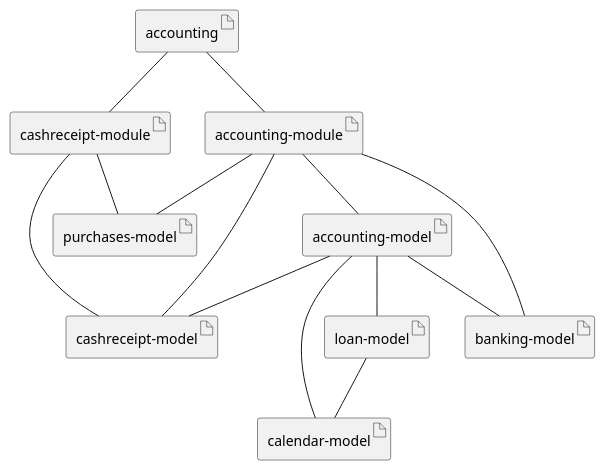
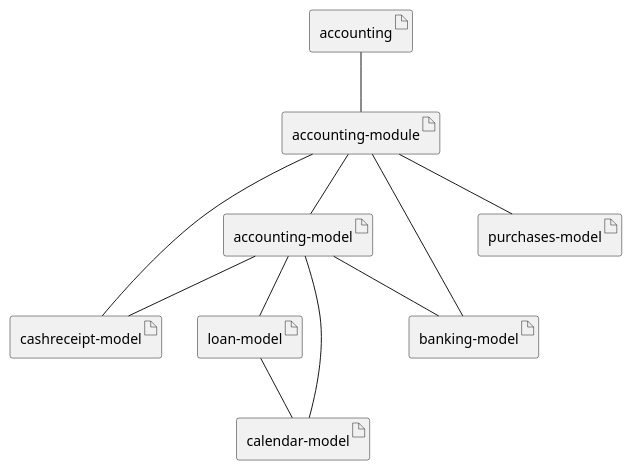
Before and after one commit to vitalyzotov/accounting: the diagram in src/site/modules.md, drawn with PlantUML. The commit also changed other lines of this file and 1 other file, not shown here.

Commit message:
Update diagrams

````diff
--- a/src/site/modules.md
+++ b/src/site/modules.md
@@ -24,31 +1,26 @@
 ```plantuml
 @startuml
     artifact "accounting"
     artifact accounting_module as "accounting-module"
-    artifact cashreceipt_module as "cashreceipt-module"
     artifact cashreceipt_model as "cashreceipt-model"
     artifact purchases_model as "purchases-model"
+    artifact loan_model as "loan-model"
     artifact banking_model as "banking-model"
     artifact accounting_model as "accounting-model"
-    artifact loan_model as "loan-model"
     artifact calendar_model as "calendar-model"
     
     accounting -- accounting_module
-    accounting -- cashreceipt_module
-    
-    cashreceipt_module -- cashreceipt_model
-    cashreceipt_module -- purchases_model
     
     accounting_module -- cashreceipt_model
     accounting_module -- purchases_model
     accounting_module -- banking_model
     accounting_module -- accounting_model
     
     loan_model -- calendar_model
     
     accounting_model -- loan_model
     accounting_model -- banking_model
     accounting_model -- calendar_model
     accounting_model -- cashreceipt_model
 @enduml
 ```
````
